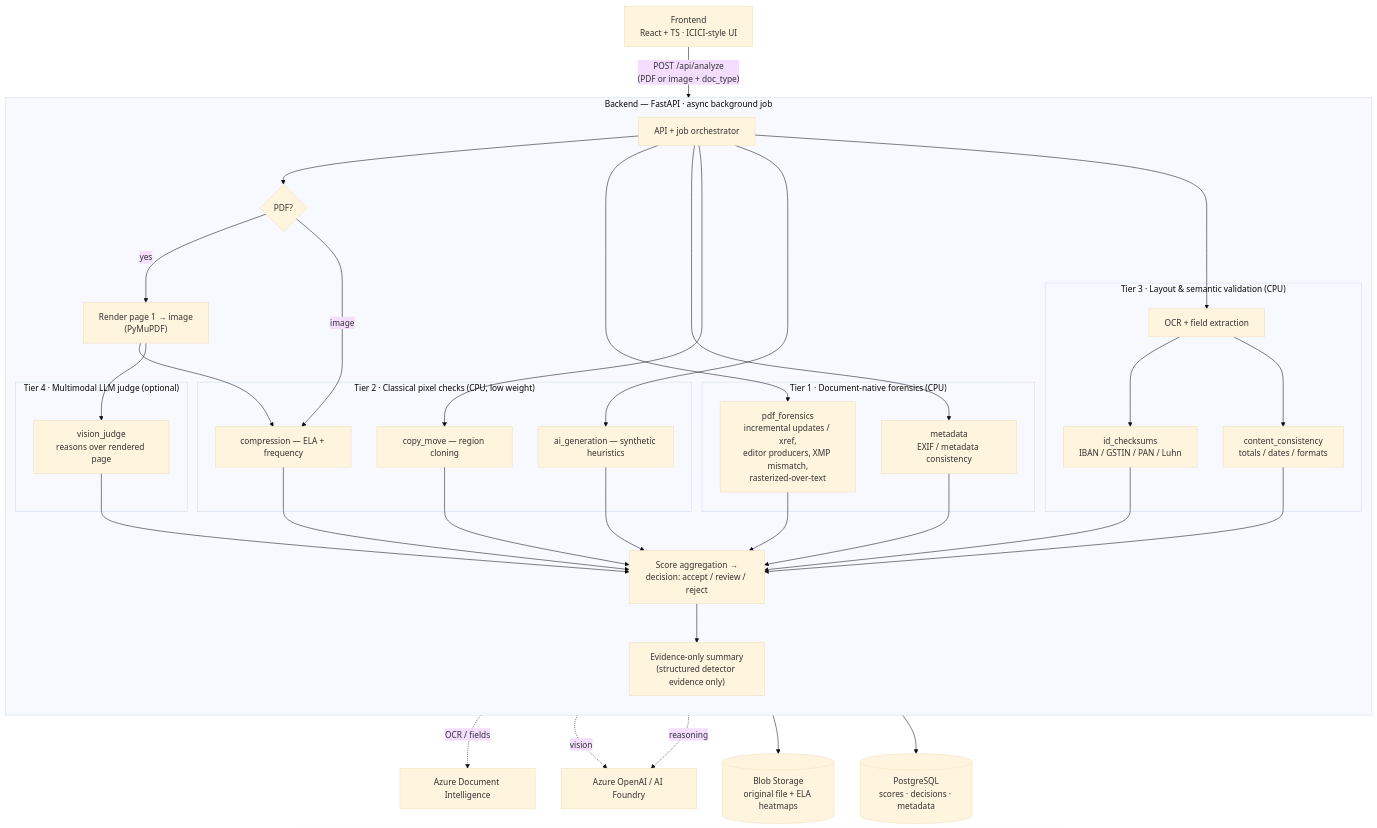
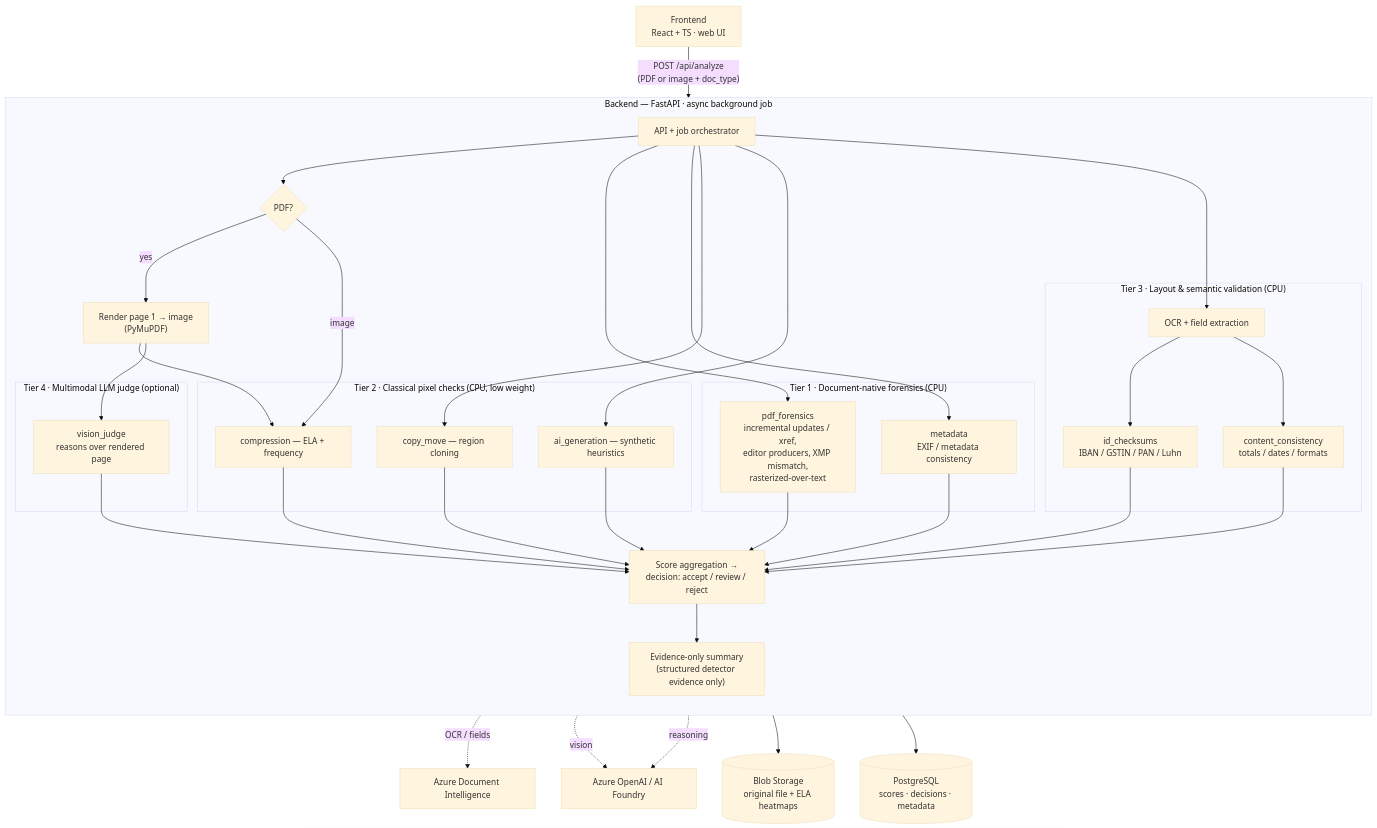
One commit to KasamShaikh/DocuGuard-AI-TamperLens changed the diagram in README.md. Above: the diagram before and after it, drawn with Mermaid (base theme). The commit also changed other lines of this file, not shown here.

Commit message:
Remove bank-specific branding from README

````diff
--- a/README.md
+++ b/README.md
@@ -17,51 +17,51 @@
 ```mermaid
 flowchart TB
-    UI["Frontend<br/>React + TS · ICICI-style UI"]
+    UI["Frontend<br/>React + TS · web UI"]
     UI -->|"POST /api/analyze<br/>(PDF or image + doc_type)"| API
 
     subgraph Backend["Backend — FastAPI · async background job"]
         direction TB
         API["API + job orchestrator"]
         API --> RENDER{"PDF?"}
         RENDER -->|"yes"| PYMUPDF["Render page 1 → image<br/>(PyMuPDF)"]
         RENDER -->|"image"| PIX
         PYMUPDF --> PIX
 
         subgraph T1["Tier 1 · Document-native forensics (CPU)"]
             PDFF["pdf_forensics<br/>incremental updates / xref,<br/>editor producers, XMP mismatch,<br/>rasterized-over-text"]
             META["metadata<br/>EXIF / metadata consistency"]
         end
 
         subgraph T2["Tier 2 · Classical pixel checks (CPU, low weight)"]
             PIX["compression — ELA + frequency"]
             CLONE["copy_move — region cloning"]
             AIGEN["ai_generation — synthetic heuristics"]
         end
 
         subgraph T3["Tier 3 · Layout & semantic validation (CPU)"]
             OCR["OCR + field extraction"]
             IDS["id_checksums<br/>IBAN / GSTIN / PAN / Luhn"]
             CONT["content_consistency<br/>totals / dates / formats"]
         end
 
         subgraph T4["Tier 4 · Multimodal LLM judge (optional)"]
             VJUDGE["vision_judge<br/>reasons over rendered page"]
         end
 
         API --> PDFF & META
         API --> CLONE & AIGEN
         API --> OCR --> IDS & CONT
         PIX --> AGG
         PYMUPDF --> VJUDGE
 
         AGG["Score aggregation →<br/>decision: accept / review / reject"]
         PDFF & META & CLONE & AIGEN & IDS & CONT & VJUDGE --> AGG
         AGG --> SUM["Evidence-only summary<br/>(structured detector evidence only)"]
     end
 
     OCR -. OCR / fields .-> DOCINTEL["Azure Document Intelligence"]
     VJUDGE -. vision .-> AOAI["Azure OpenAI / AI Foundry"]
     SUM -. reasoning .-> AOAI
     SUM --> BLOB[("Blob Storage<br/>original file + ELA heatmaps")]
     SUM --> DB[("PostgreSQL<br/>scores · decisions · metadata")]
 ```
````
